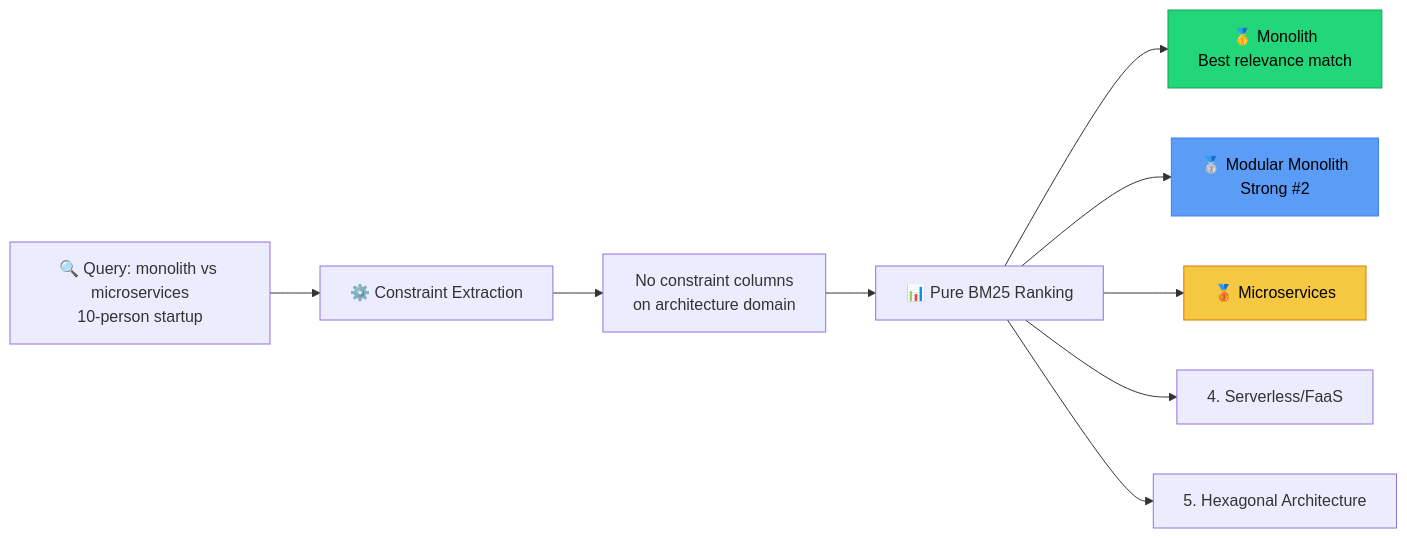
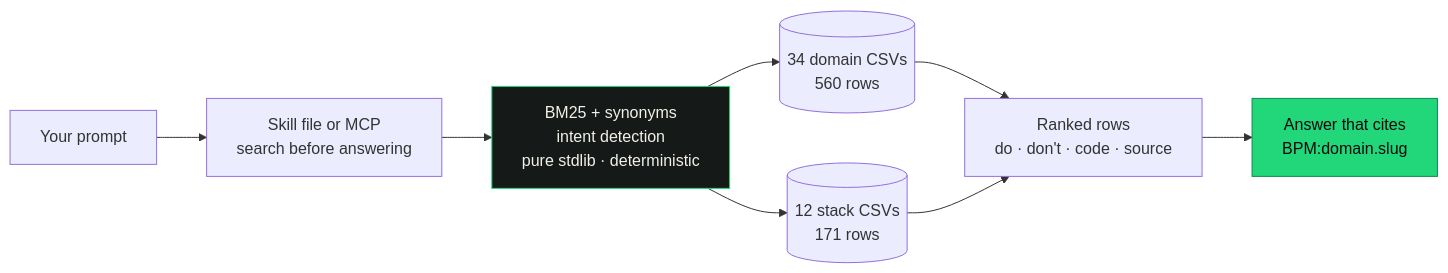
The diagram in README.md (shashankswe2020-ux/backend-pro-max-skill), drawn with Mermaid before and after one commit. The commit also changed other lines of this file and 4 other files, not shown here.

````diff
--- a/README.md
+++ b/README.md
@@ -270,15 +254,11 @@
 ```mermaid
-graph LR
-    Q["🔍 Query: monolith vs microservices<br/>10-person startup"] --> E["⚙️ Constraint Extraction"]
-    E --> C0["No constraint columns<br/>on architecture domain"]
-    C0 --> S["📊 Pure BM25 Ranking"]
-    S --> R1["🥇 Monolith<br/>Best relevance match"]
-    S --> R2["🥈 Modular Monolith<br/>Strong #2"]
-    S --> R3["🥉 Microservices"]
-    S --> R4["4. Serverless/FaaS"]
-    S --> R5["5. Hexagonal Architecture"]
-
-    style R1 fill:#22d67a,color:#000,stroke:#16a34a
-    style R2 fill:#5b9cf6,color:#000,stroke:#3b82f6
-    style R3 fill:#f5c842,color:#000,stroke:#d97706
+flowchart LR
+    Q["Your prompt"] --> S["Skill file or MCP<br/>search before answering"]
+    S --> E["BM25 + synonyms<br/>intent detection<br/>pure stdlib · deterministic"]
+    E --> D[("34 domain CSVs<br/>560 rows")]
+    E --> K[("12 stack CSVs<br/>171 rows")]
+    D & K --> R["Ranked rows<br/>do · don't · code · source"]
+    R --> A["Answer that cites<br/>BPM:domain.slug"]
+    style A fill:#22D67A,color:#07090A,stroke:#0F8A4C
+    style E fill:#151A18,color:#F3F0E8,stroke:#22D67A
 ```
````
